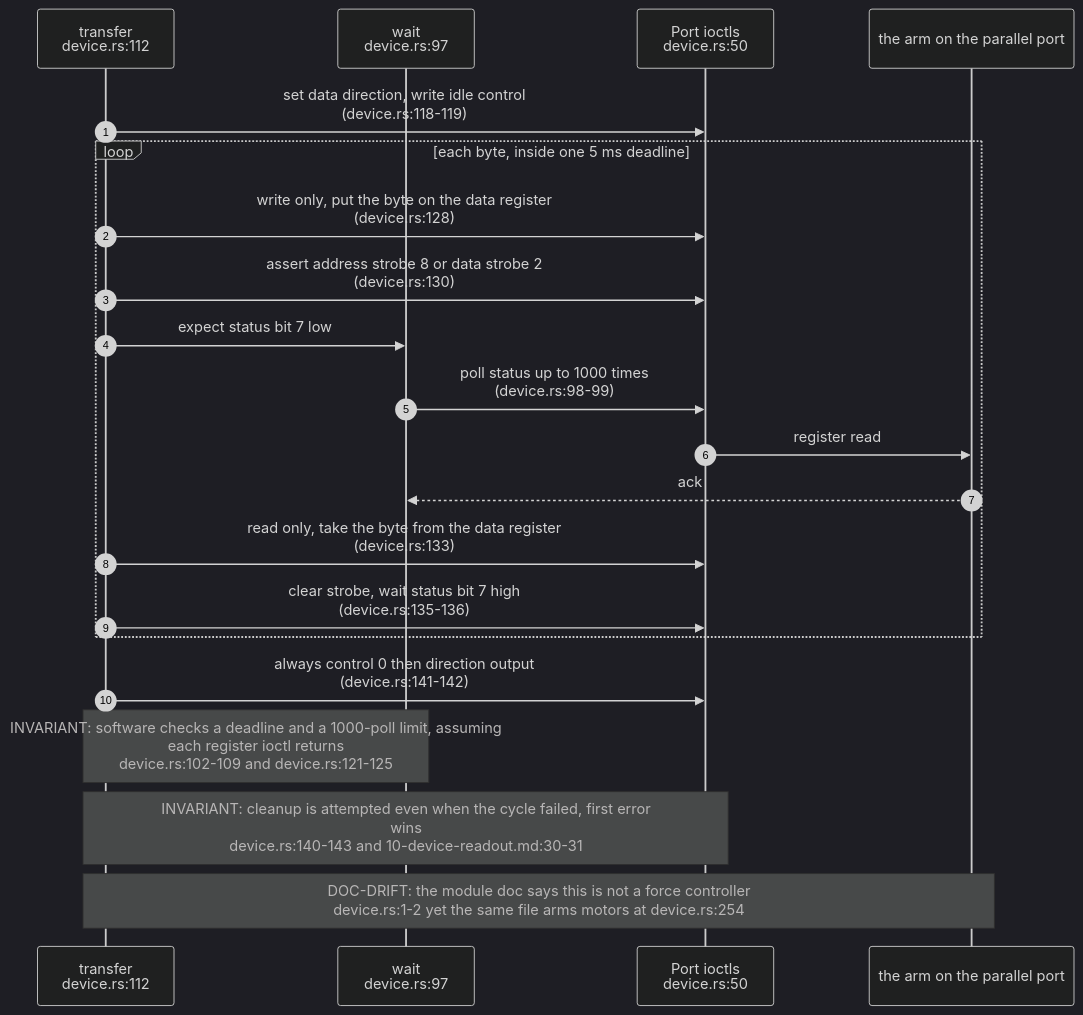
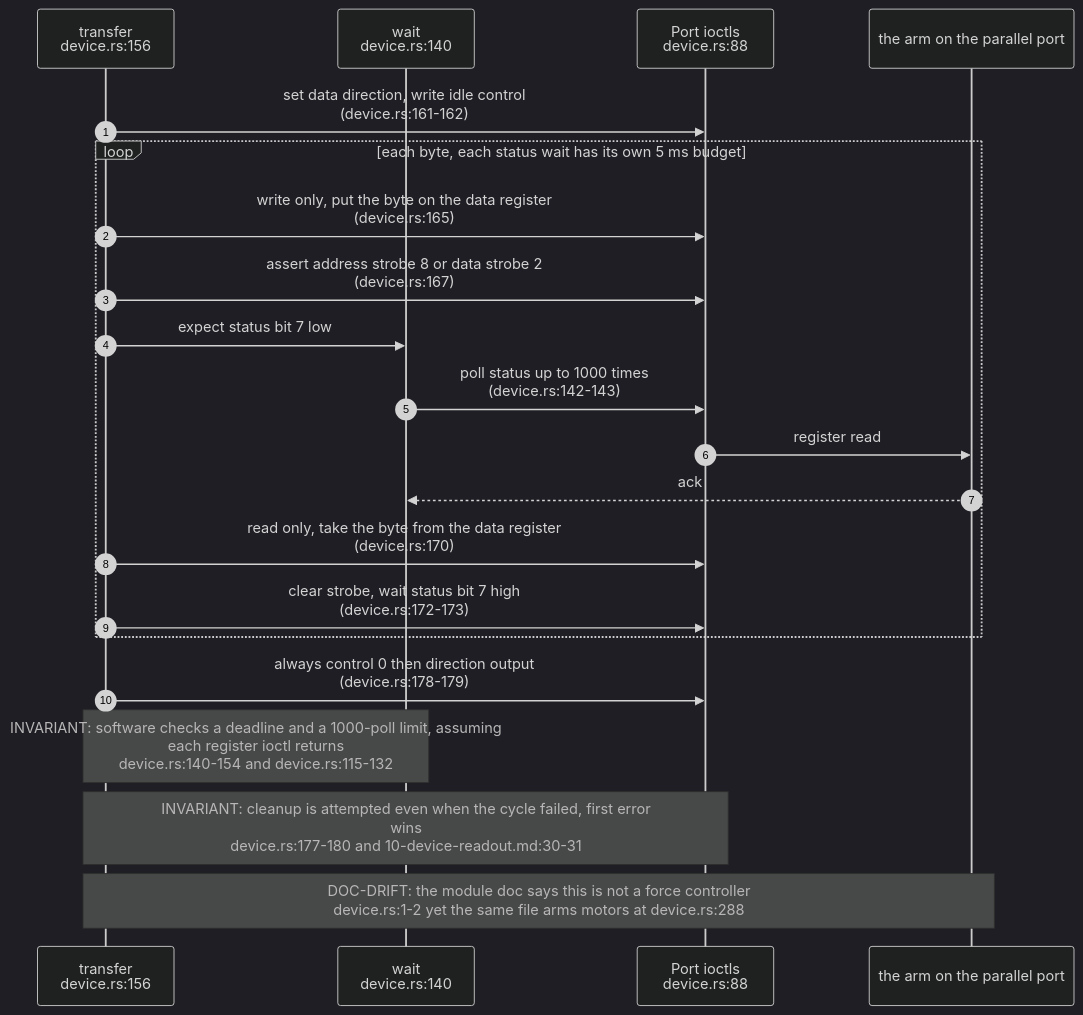
One commit to DreamLab-AI/VisionFlow changed the first of 5 diagrams in docs/diagrams/visiontouch-rs/02-transport-software-epp-and-force-session.md. Above: the diagram before and after it, drawn with Mermaid (dark theme). The commit also changed other lines of this file and 36 other files, not shown here.

First line of the commit message:
docs(diagrams): re-derive and re-stamp agentbox, dream-engine, visioncraft, visiontouch and vowl topics; drop LAN addresses

````diff
--- a/docs/diagrams/visiontouch-rs/02-transport-software-epp-and-force-session.md
+++ b/docs/diagrams/visiontouch-rs/02-transport-software-epp-and-force-session.md
@@ -30,23 +30,23 @@
 ```mermaid
 sequenceDiagram
     autonumber
-    participant TR as transfer<br/>device.rs:112
-    participant WT as wait<br/>device.rs:97
-    participant PT as Port ioctls<br/>device.rs:50
+    participant TR as transfer<br/>device.rs:156
+    participant WT as wait<br/>device.rs:140
+    participant PT as Port ioctls<br/>device.rs:88
     participant DV as the arm on the parallel port
-    TR->>PT: set data direction, write idle control<br/>(device.rs:118-119)
-    loop each byte, inside one 5 ms deadline
-        TR->>PT: write only, put the byte on the data register<br/>(device.rs:128)
-        TR->>PT: assert address strobe 8 or data strobe 2<br/>(device.rs:130)
+    TR->>PT: set data direction, write idle control<br/>(device.rs:161-162)
+    loop each byte, each status wait has its own 5 ms budget
+        TR->>PT: write only, put the byte on the data register<br/>(device.rs:165)
+        TR->>PT: assert address strobe 8 or data strobe 2<br/>(device.rs:167)
         TR->>WT: expect status bit 7 low
-        WT->>PT: poll status up to 1000 times<br/>(device.rs:98-99)
+        WT->>PT: poll status up to 1000 times<br/>(device.rs:142-143)
         PT->>DV: register read
         DV-->>WT: ack
-        TR->>PT: read only, take the byte from the data register<br/>(device.rs:133)
-        TR->>PT: clear strobe, wait status bit 7 high<br/>(device.rs:135-136)
+        TR->>PT: read only, take the byte from the data register<br/>(device.rs:170)
+        TR->>PT: clear strobe, wait status bit 7 high<br/>(device.rs:172-173)
     end
-    TR->>PT: always control 0 then direction output<br/>(device.rs:141-142)
-    Note over TR,WT: INVARIANT: software checks a deadline and a 1000-poll limit, assuming<br/>each register ioctl returns<br/>device.rs:102-109 and device.rs:121-125
-    Note over TR,PT: INVARIANT: cleanup is attempted even when the cycle failed, first error<br/>wins<br/>device.rs:140-143 and 10-device-readout.md:30-31
-    Note over TR,DV: DOC-DRIFT: the module doc says this is not a force controller<br/>device.rs:1-2 yet the same file arms motors at device.rs:254
+    TR->>PT: always control 0 then direction output<br/>(device.rs:178-179)
+    Note over TR,WT: INVARIANT: software checks a deadline and a 1000-poll limit, assuming<br/>each register ioctl returns<br/>device.rs:140-154 and device.rs:115-132
+    Note over TR,PT: INVARIANT: cleanup is attempted even when the cycle failed, first error<br/>wins<br/>device.rs:177-180 and 10-device-readout.md:30-31
+    Note over TR,DV: DOC-DRIFT: the module doc says this is not a force controller<br/>device.rs:1-2 yet the same file arms motors at device.rs:288
 ```
````
